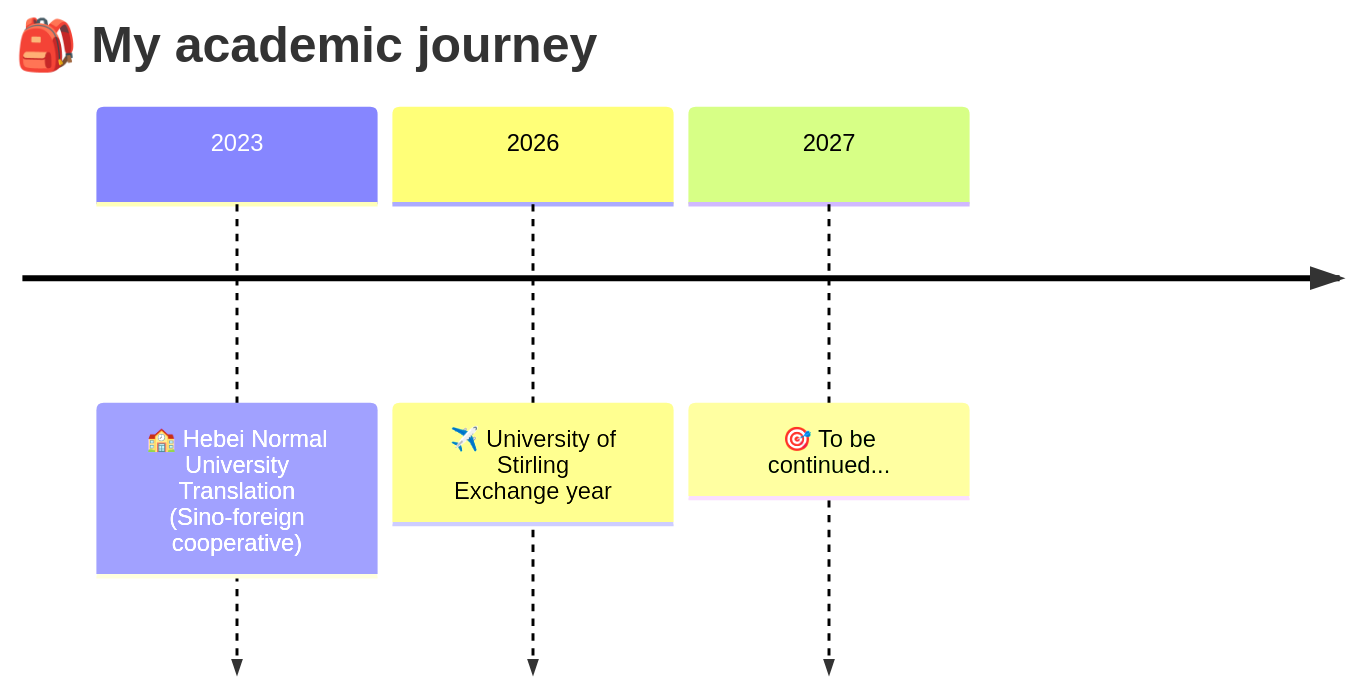
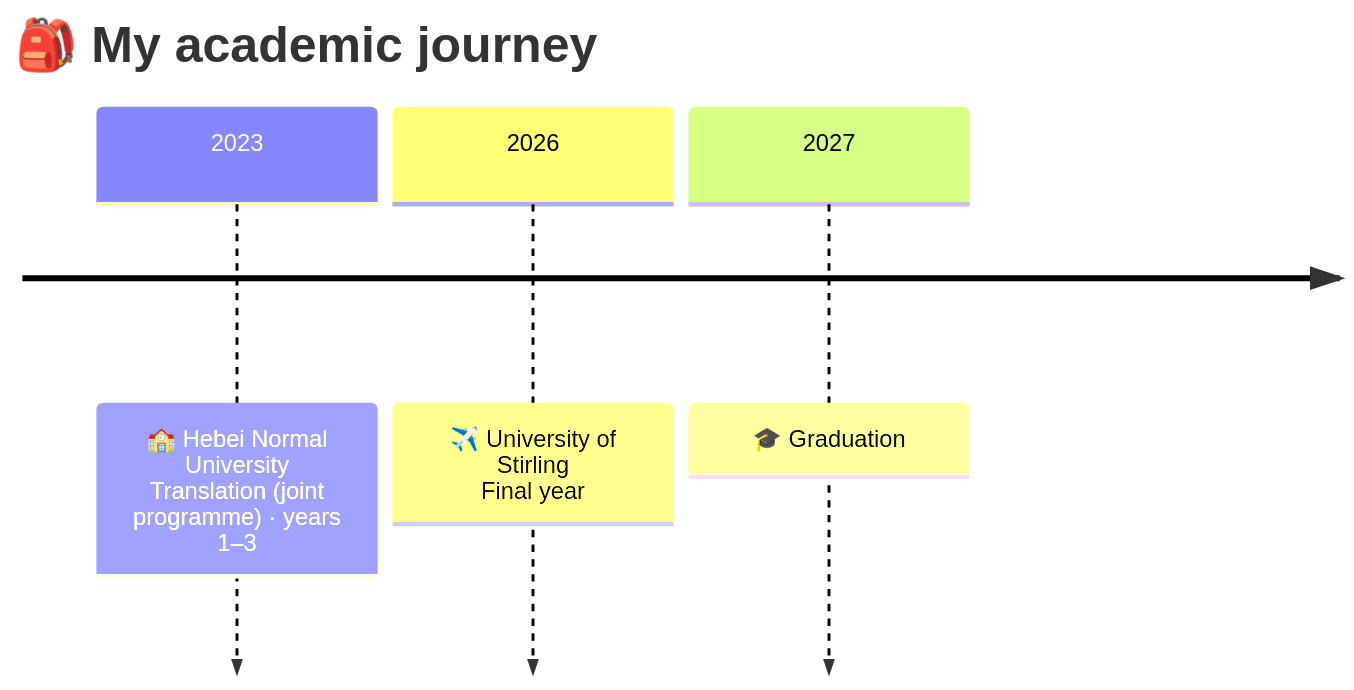
One commit to Waterc0lorEyes/Waterc0lorEyes changed the diagram in README.md. Above: the diagram before and after it, drawn with Mermaid. The commit also changed other lines of this file and 3 other files, not shown here.

Commit message:
docs: describe the Stirling programme as a 3+1 joint degree, not an exchange year

````diff
--- a/README.md
+++ b/README.md
@@ -58,7 +58,7 @@
 ```mermaid
 timeline
     title 🎒 My academic journey
-    2023 : 🏫 Hebei Normal University<br>Translation (Sino-foreign cooperative)
-    2026 : ✈️ University of Stirling<br>Exchange year
-    2027 : 🎯 To be continued...
+    2023 : 🏫 Hebei Normal University<br>Translation (joint programme) · years 1–3
+    2026 : ✈️ University of Stirling<br>Final year
+    2027 : 🎓 Graduation
 ```
````
